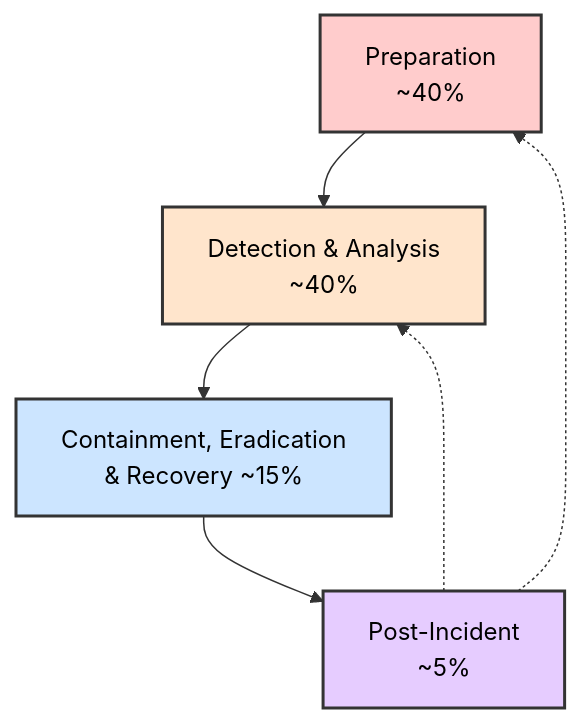
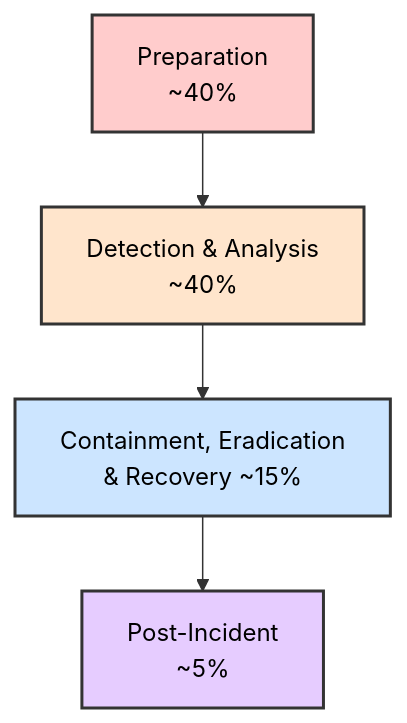
One commit to manojxshrestha/SOC-Analyst-Cheatsheet changed diagram 12 of 29 in 1-Incident-Handling-Process/README.md. Above: the diagram before and after it, drawn with Mermaid. The commit also changed other lines of this file, not shown here.

Commit message:
Fix remaining mermaid diagrams - remove duplicate labels, simplify structures

````diff
--- a/1-Incident-Handling-Process/README.md
+++ b/1-Incident-Handling-Process/README.md
@@ -469,14 +473,11 @@
 ```mermaid
 graph TD
     A["Preparation<br/>~40%"] --> B["Detection & Analysis<br/>~40%"]
     B --> C["Containment, Eradication<br/>& Recovery ~15%"]
     C --> D["Post-Incident<br/>~5%"]
     
-    D -.-> A
-    D -.-> B
-    
     style A fill:#ffcccc,stroke:#333,stroke-width:2px,color:#000
     style B fill:#ffe5cc,stroke:#333,stroke-width:2px,color:#000
     style C fill:#cce5ff,stroke:#333,stroke-width:2px,color:#000
     style D fill:#e6ccff,stroke:#333,stroke-width:2px,color:#000
 ```
````
